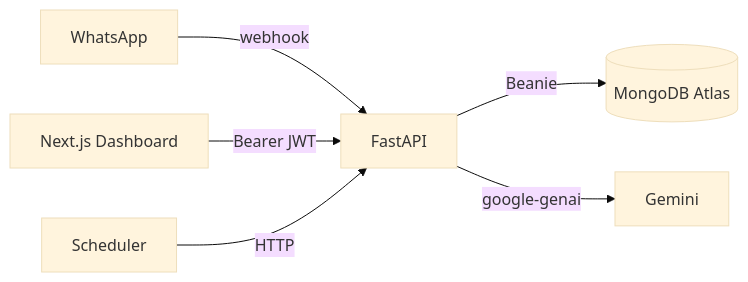
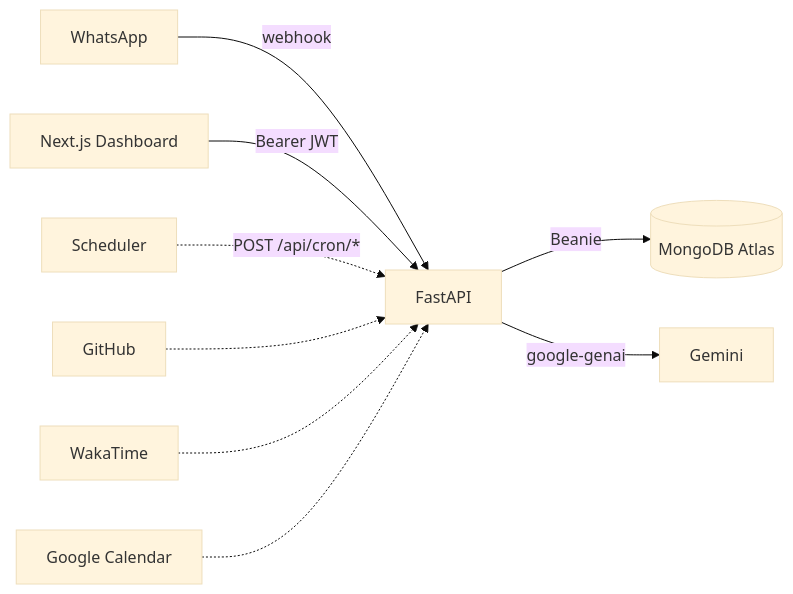
The diagram in context.md (pateldivyesh1323/orbit), drawn with Mermaid (base theme) before and after one commit. The commit also changed other lines of this file and 14 other files, not shown here.

````diff
--- a/context.md
+++ b/context.md
@@ -157,8 +238,11 @@
 ```mermaid
 flowchart LR
     WA[WhatsApp] -->|webhook| API[FastAPI]
     Dash[Next.js Dashboard] -->|Bearer JWT| API
     API -->|Beanie| Mongo[(MongoDB Atlas)]
-    Cron[Scheduler] -->|HTTP| API
+    Cron[Scheduler] -.->|POST /api/cron/*| API
     API -->|google-genai| Gemini[Gemini]
+    GH[GitHub] -.-> API
+    WK[WakaTime] -.-> API
+    GC[Google Calendar] -.-> API
 ```
````
